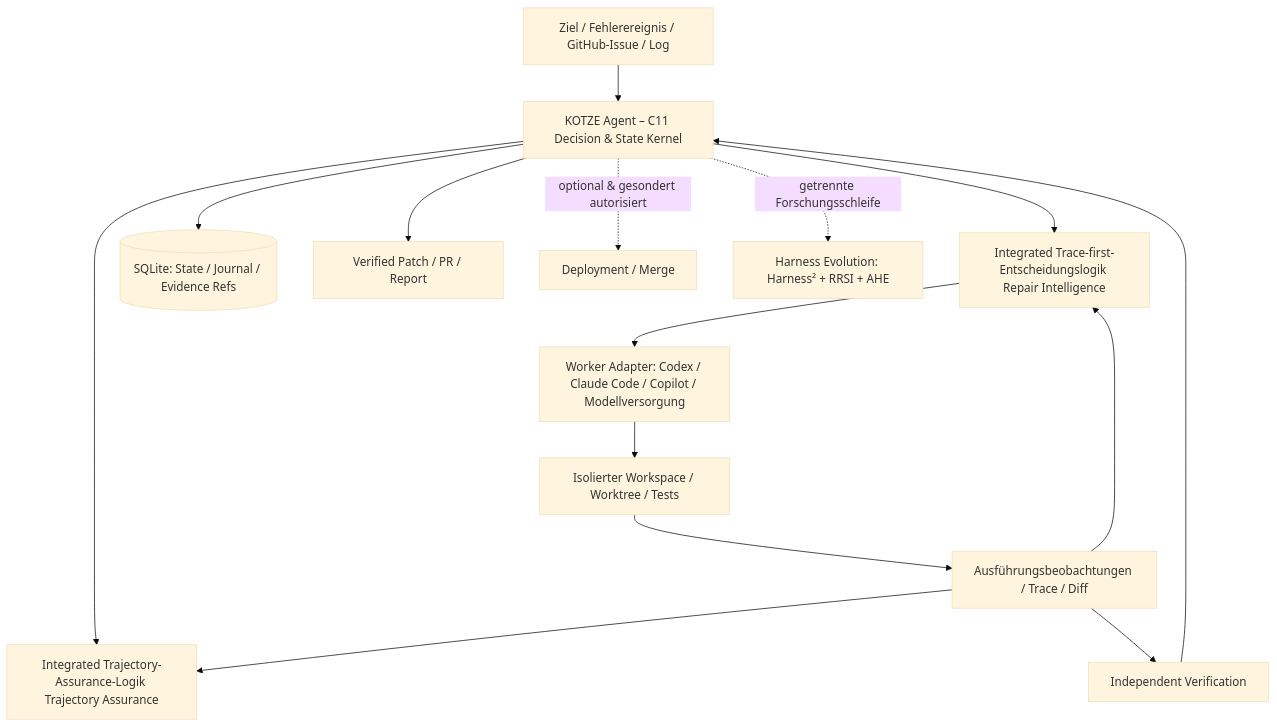
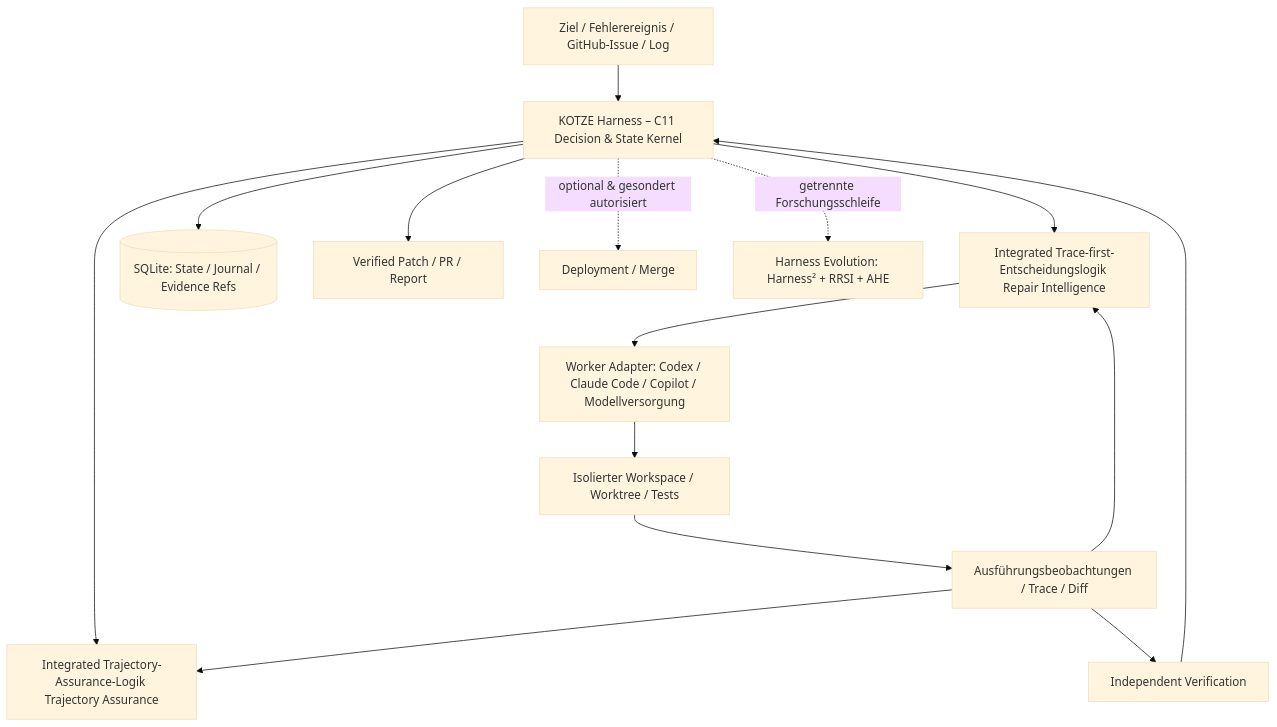
The first of 2 diagrams in docs/KOTZE-Agent-Konzept.md (tonnestate/Kotze), drawn with Mermaid (base theme) before and after one commit. The commit also changed other lines of this file, not shown here.

Commit message:
docs: restore KOTZE Harness name and clarify model-plus-harness architecture

````diff
--- a/docs/KOTZE-Agent-Konzept.md
+++ b/docs/KOTZE-Agent-Konzept.md
@@ -215,17 +215,17 @@
 ```mermaid
 flowchart TB
-    I[Ziel / Fehlerereignis / GitHub-Issue / Log] --> K[KOTZE Agent – C11 Decision & State Kernel]
+    I[Ziel / Fehlerereignis / GitHub-Issue / Log] --> K[KOTZE Harness – C11 Decision & State Kernel]
     K --> S[Integrated Trace-first-Entscheidungslogik Repair Intelligence]
     K --> A[Integrated Trajectory-Assurance-Logik Trajectory Assurance]
     K --> M[(SQLite: State / Journal / Evidence Refs)]
     S --> W[Worker Adapter: Codex / Claude Code / Copilot / Modellversorgung]
     W --> X[Isolierter Workspace / Worktree / Tests]
     X --> O[Ausführungsbeobachtungen / Trace / Diff]
     O --> S
     O --> A
     O --> V[Independent Verification]
     V --> K
     K --> P[Verified Patch / PR / Report]
     K -. optional & gesondert autorisiert .-> U[Deployment / Merge]
     K -. getrennte Forschungsschleife .-> R[Harness Evolution: Harness² + RRSI + AHE]
 ```
````
